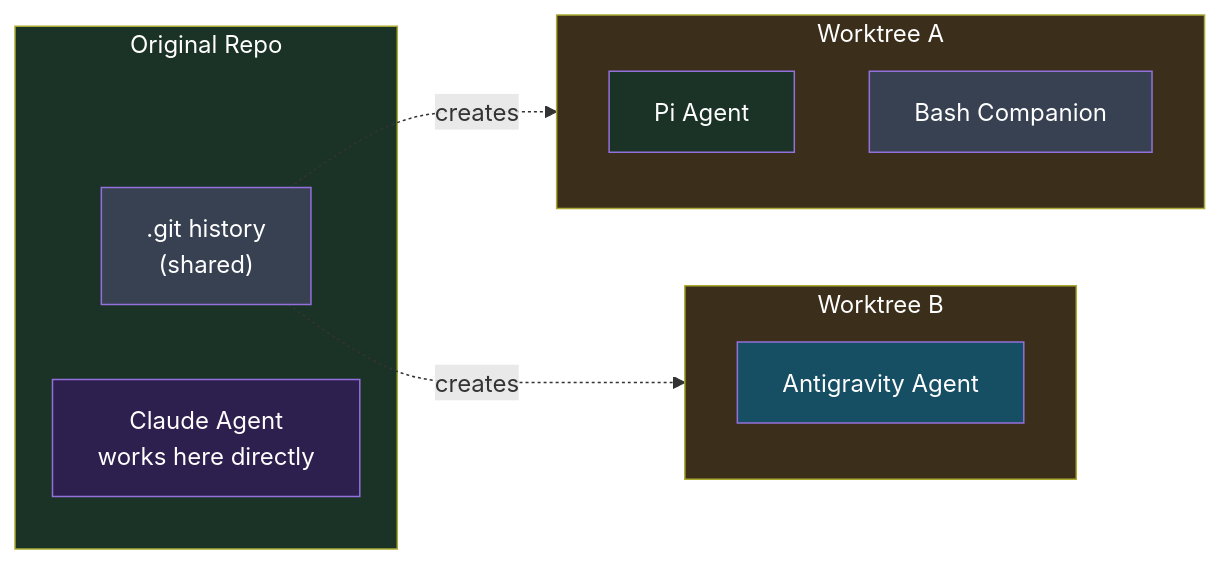
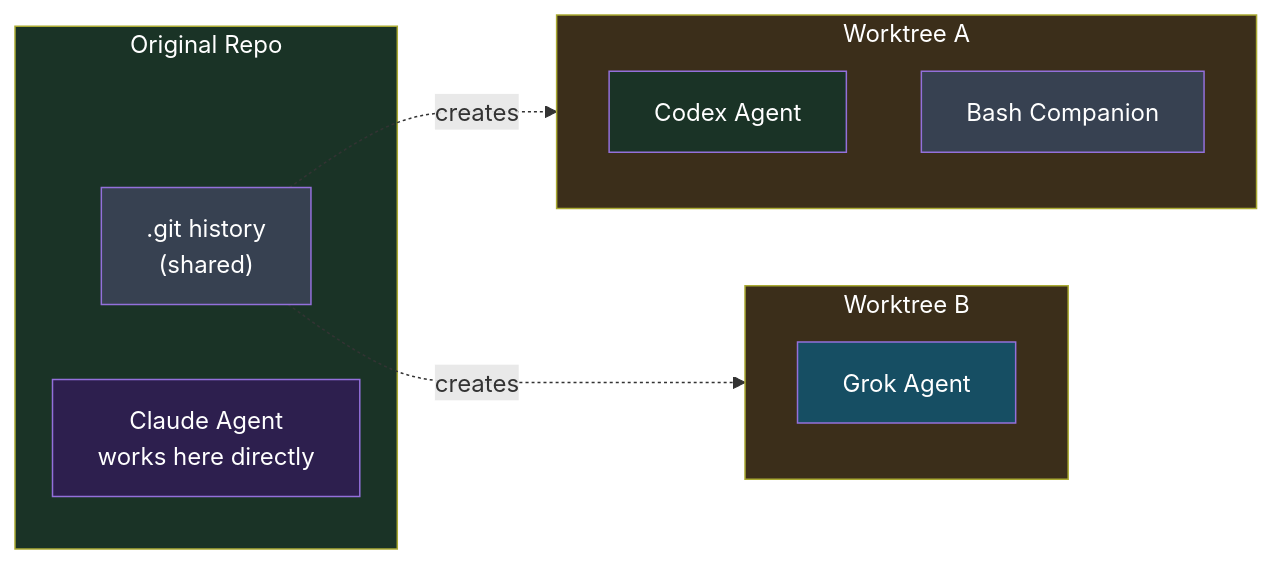
Before and after one commit to jorgeferrarice/agent-dashboard-plus: the third of 3 diagrams in README.md, drawn with Mermaid. The commit also changed other lines of this file and 56 other files, not shown here.

````diff
--- a/README.md
+++ b/README.md
@@ -440,28 +587,28 @@
 ```mermaid
 graph LR
     subgraph REPO ["Original Repo"]
         GIT[".git history<br/>(shared)"]
         C1["Claude Agent<br/>works here directly"]
     end
 
     subgraph WT1 ["Worktree A"]
-        C2["Pi Agent"]
+        C2["Codex Agent"]
         B1["Bash Companion"]
     end
 
     subgraph WT2 ["Worktree B"]
-        G1["Antigravity Agent"]
+        G1["Grok Agent"]
     end
 
     GIT -.->|"creates"| WT1
     GIT -.->|"creates"| WT2
 
     style GIT fill:#374151,color:#fff
     style C1 fill:#2d1f4e,color:#fff
     style C2 fill:#1a3326,color:#fff
     style B1 fill:#374151,color:#fff
     style G1 fill:#164e63,color:#fff
     style REPO fill:#1a3326,color:#fff
     style WT1 fill:#3b2e1a,color:#fff
     style WT2 fill:#3b2e1a,color:#fff
 ```
````
